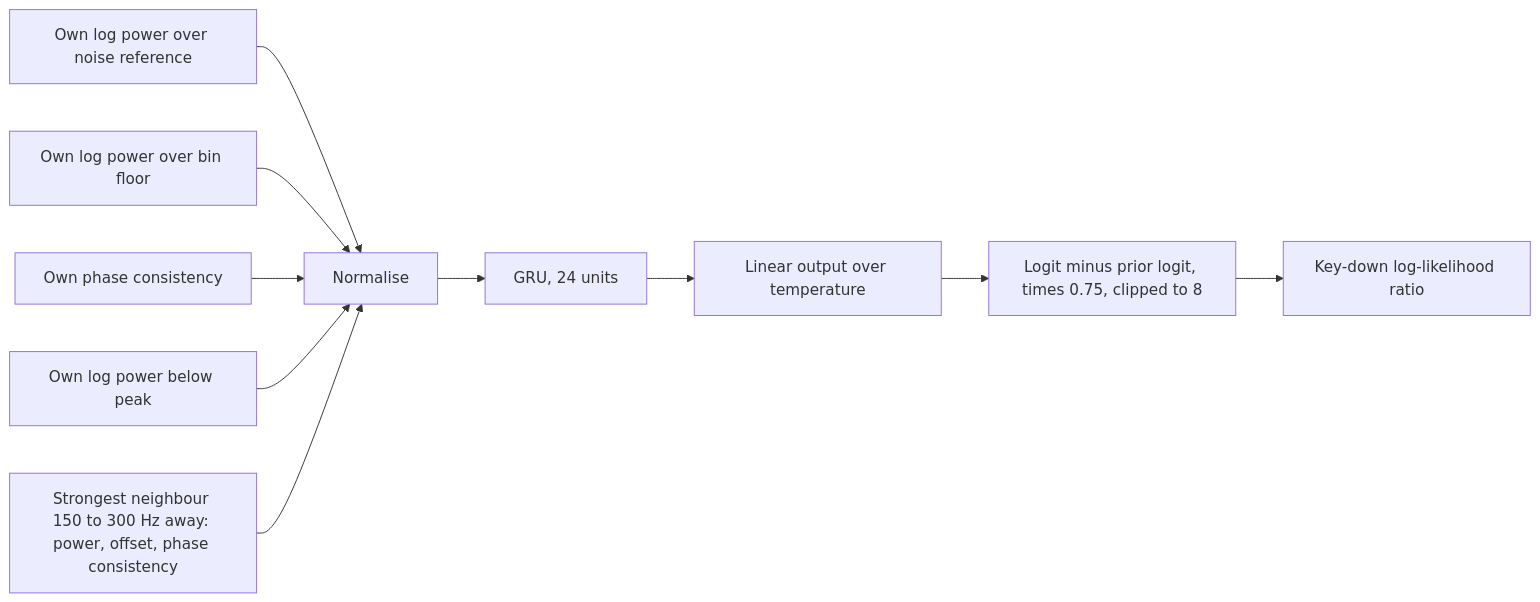
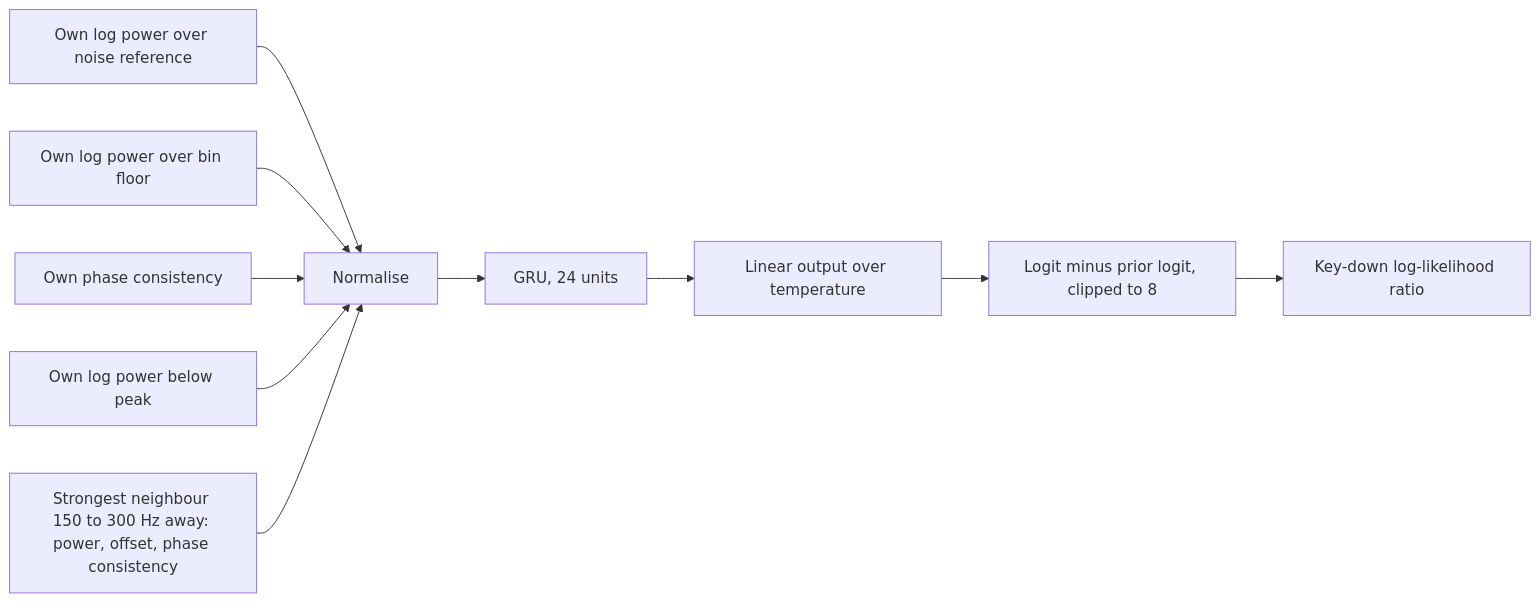
One commit to nextzlog/rumo changed the second of 8 diagrams in README.md. Above: the diagram before and after it, drawn with Mermaid. The commit also changed other lines of this file and 5 other files, not shown here.

````diff
--- a/README.md
+++ b/README.md
@@ -84,12 +85,12 @@
 ```mermaid
 flowchart LR
   A[Own log power over noise reference] --> F[Normalise]
   B[Own log power over bin floor] --> F
   C[Own phase consistency] --> F
   D[Own log power below peak] --> F
   E[Strongest neighbour 150 to 300 Hz away: power, offset, phase consistency] --> F
   F --> G[GRU, 24 units]
   G --> H[Linear output over temperature]
-  H --> I[Logit minus prior logit, times 0.75, clipped to 8]
+  H --> I[Logit minus prior logit, clipped to 8]
   I --> J[Key-down log-likelihood ratio]
 ```
````
